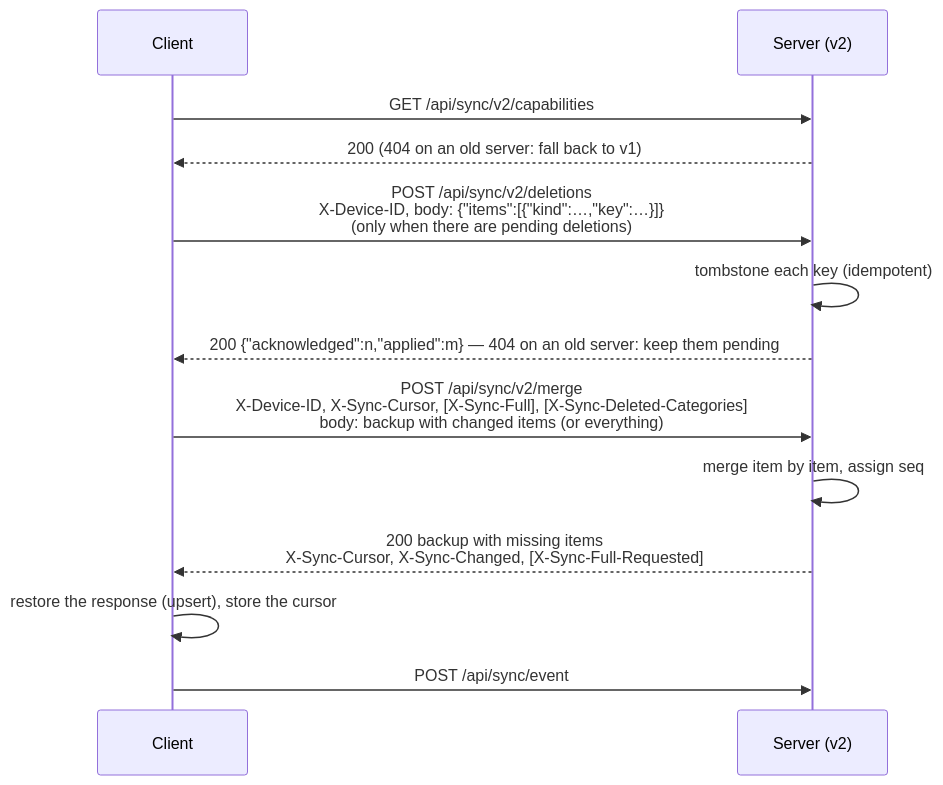
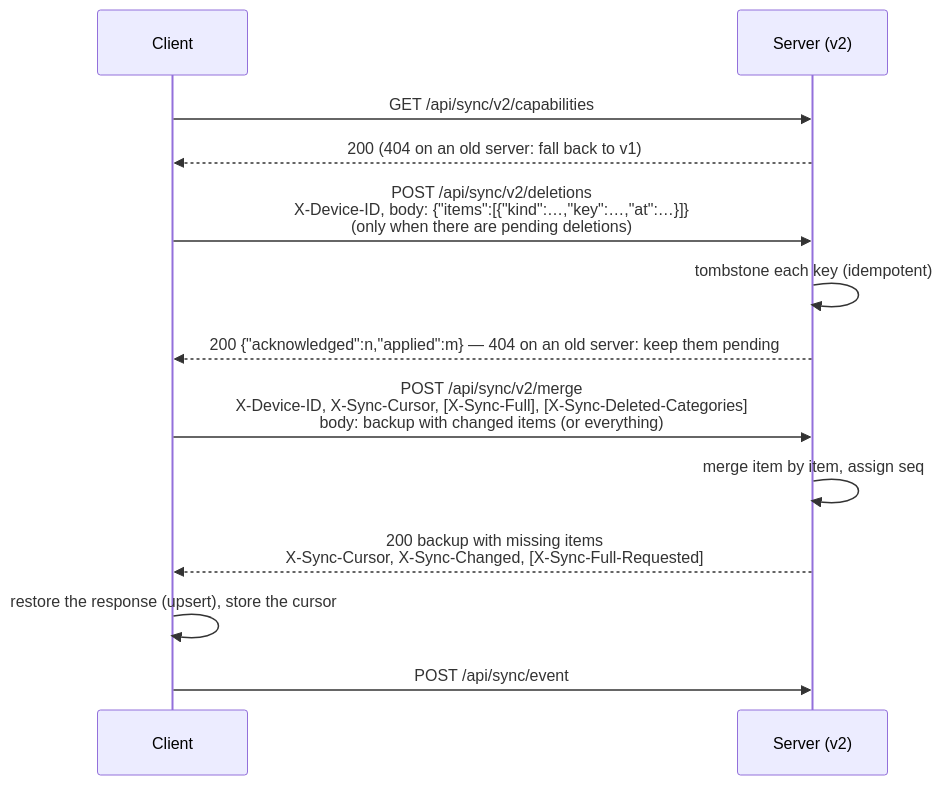
The second of 3 diagrams in docs/sync-protocol-v2.md (syncyomi/syncyomi), drawn with Mermaid before and after one commit. The commit also changed other lines of this file and 17 other files, not shown here.

````diff
--- a/docs/sync-protocol-v2.md
+++ b/docs/sync-protocol-v2.md
@@ -34,15 +34,15 @@
 ```mermaid
 sequenceDiagram
     participant C as Client
     participant S as Server (v2)
     C->>S: GET /api/sync/v2/capabilities
     S-->>C: 200 (404 on an old server: fall back to v1)
-    C->>S: POST /api/sync/v2/deletions<br/>X-Device-ID, body: {"items":[{"kind":…,"key":…}]}<br/>(only when there are pending deletions)
+    C->>S: POST /api/sync/v2/deletions<br/>X-Device-ID, body: {"items":[{"kind":…,"key":…,"at":…}]}<br/>(only when there are pending deletions)
     S->>S: tombstone each key (idempotent)
     S-->>C: 200 {"acknowledged":n,"applied":m} — 404 on an old server: keep them pending
     C->>S: POST /api/sync/v2/merge<br/>X-Device-ID, X-Sync-Cursor, [X-Sync-Full], [X-Sync-Deleted-Categories]<br/>body: backup with changed items (or everything)
     S->>S: merge item by item, assign seq
     S-->>C: 200 backup with missing items<br/>X-Sync-Cursor, X-Sync-Changed, [X-Sync-Full-Requested]
     C->>C: restore the response (upsert), store the cursor
     C->>S: POST /api/sync/event
 ```
````
